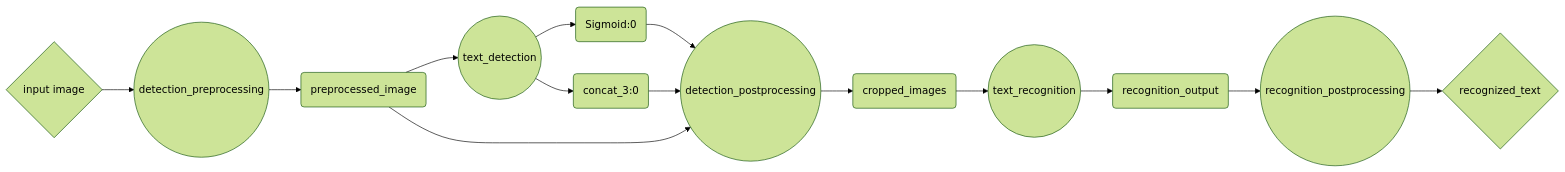
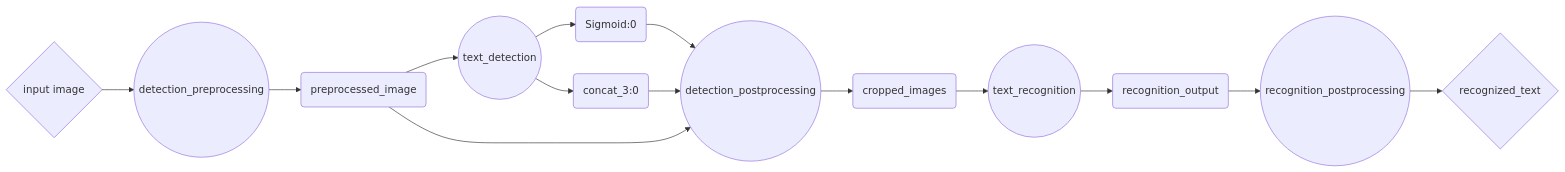
Before and after one commit to triton-inference-server/tutorials: the third of 3 diagrams in Conceptual_Guide/Part_5-Model_Ensembles/README.md, drawn with Mermaid. The commit also changed other lines of this file, not shown here.

````diff
--- a/Conceptual_Guide/Part_5-Model_Ensembles/README.md
+++ b/Conceptual_Guide/Part_5-Model_Ensembles/README.md
@@ -195,17 +160,16 @@
 ```mermaid
-%%{init: {'theme':'forest'}}%%
 flowchart LR
     in{input image} --> m1((detection_preprocessing))
     m1((detection_preprocessing)) --> t1((preprocessed_image))
     t1((preprocessed_image)) --> m2((text_detection))
     m2((text_detection)) --> t2(Sigmoid:0)
     m2((text_detection)) --> t3(concat_3:0)
     t2(Sigmoid:0) --> m3((detection_postprocessing))
     t3(concat_3:0) --> m3((detection_postprocessing))
     t1(preprocessed_image) --> m3((detection_postprocessing))
     m3((detection_postprocessing)) --> t4(cropped_images)
     t4(cropped_images) --> m4((text_recognition))
     m4((text_recognition)) --> t5(recognition_output)
     t5(recognition_output) --> m5((recognition_postprocessing))
     m5((recognition_postprocessing)) --> out{recognized_text}
 ```
````
